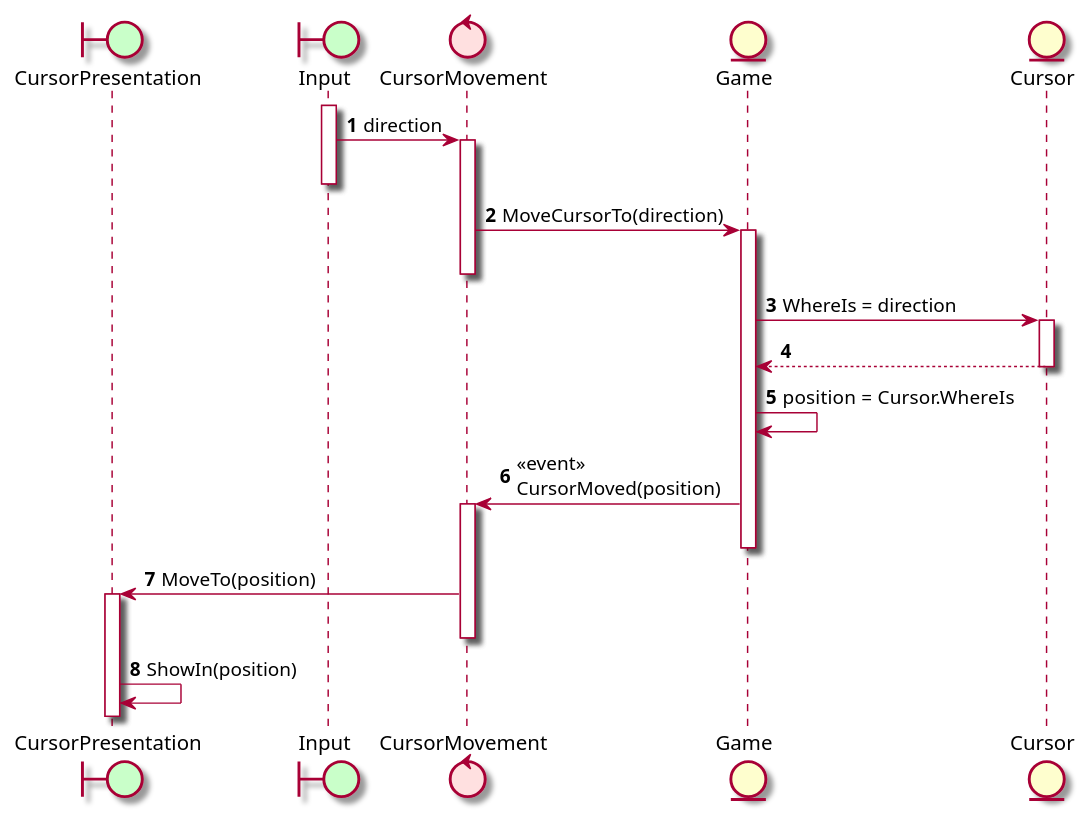
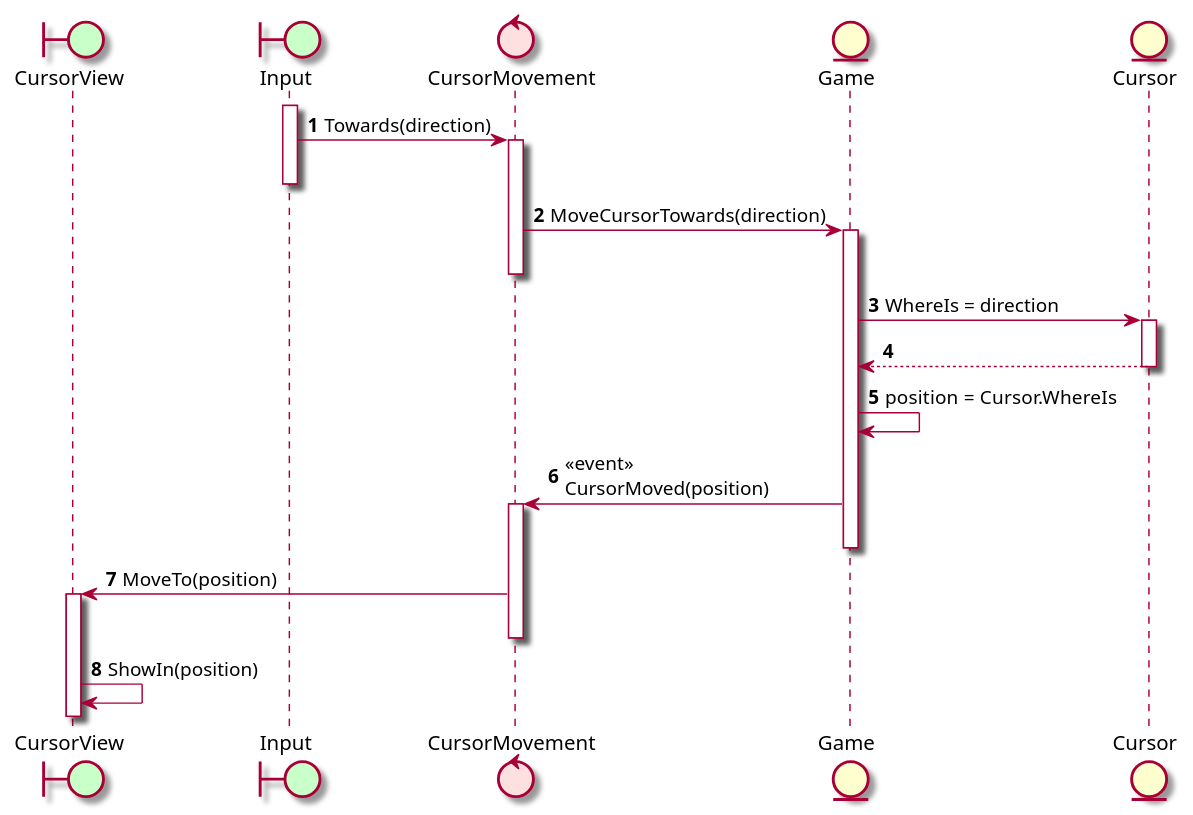
One commit to RicardoGuzmanVelasco/AdvanceWars changed the diagram in Assets/AdvanceWars/Documentation~/Diagrams/MoveCursorUseCase.puml. Above: the diagram before and after it, drawn with PlantUML. The commit also changed 7 other files, not shown here.

Commit message:
feat: notify cursor view on move cursor use case

```diff
--- a/Assets/AdvanceWars/Documentation~/Diagrams/MoveCursorUseCase.puml
+++ b/Assets/AdvanceWars/Documentation~/Diagrams/MoveCursorUseCase.puml
@@ -1,29 +1,29 @@
 @startuml
 skin rose
 autonumber
 autoactivate on
-boundary CursorPresentation #technology
+boundary CursorView #technology
 boundary Input #technology
 control CursorMovement #implementation
 entity Game
 entity Cursor
 
 
 activate Input
-Input -> CursorMovement : direction
+Input -> CursorMovement : Towards(direction)
 deactivate Input
-CursorMovement -> Game : MoveCursorTo(direction)
+CursorMovement -> Game : MoveCursorTowards(direction)
 deactivate CursorMovement
 Game -> Cursor : WhereIs = direction
 return
 autoactivate off
 Game -> Game : position = Cursor.WhereIs
 Game -> CursorMovement : <<event>>\nCursorMoved(position)
 activate CursorMovement
 deactivate Game
 
-CursorMovement -> CursorPresentation : MoveTo(position)
-activate CursorPresentation
+CursorMovement -> CursorView : MoveTo(position)
+activate CursorView
 deactivate CursorMovement
-CursorPresentation -> CursorPresentation : ShowIn(position)
+CursorView -> CursorView : ShowIn(position)
 @enduml
```
